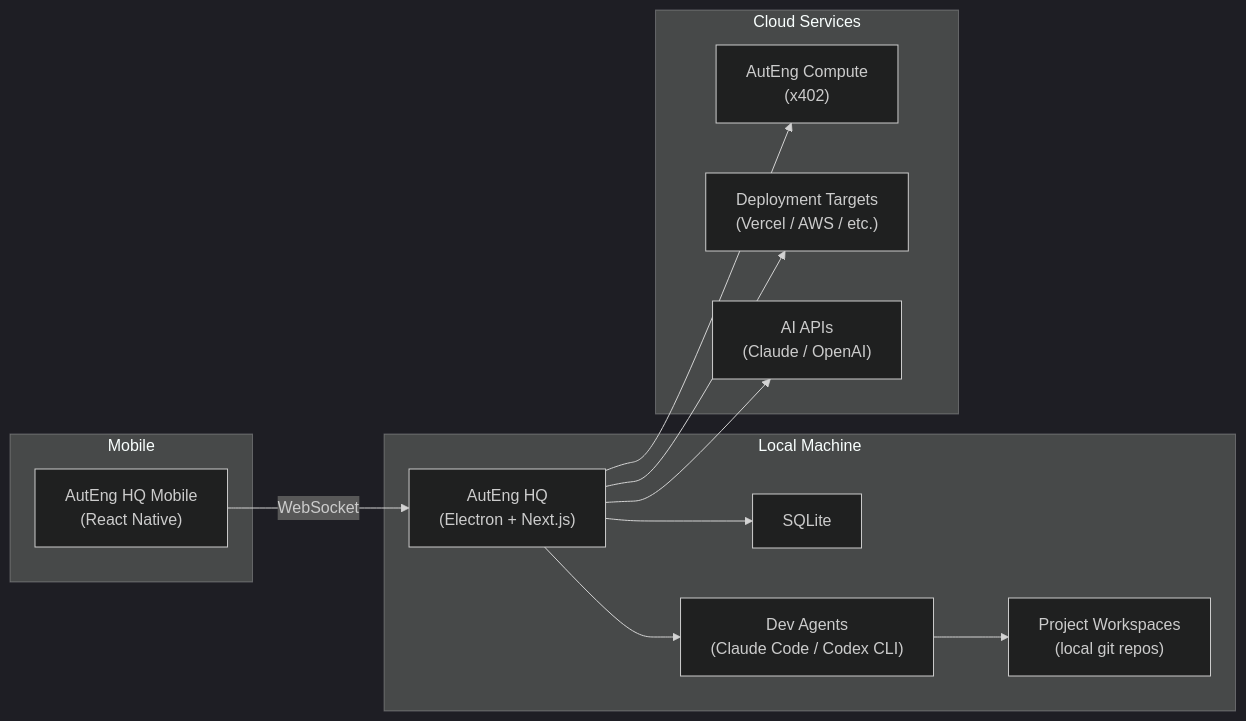
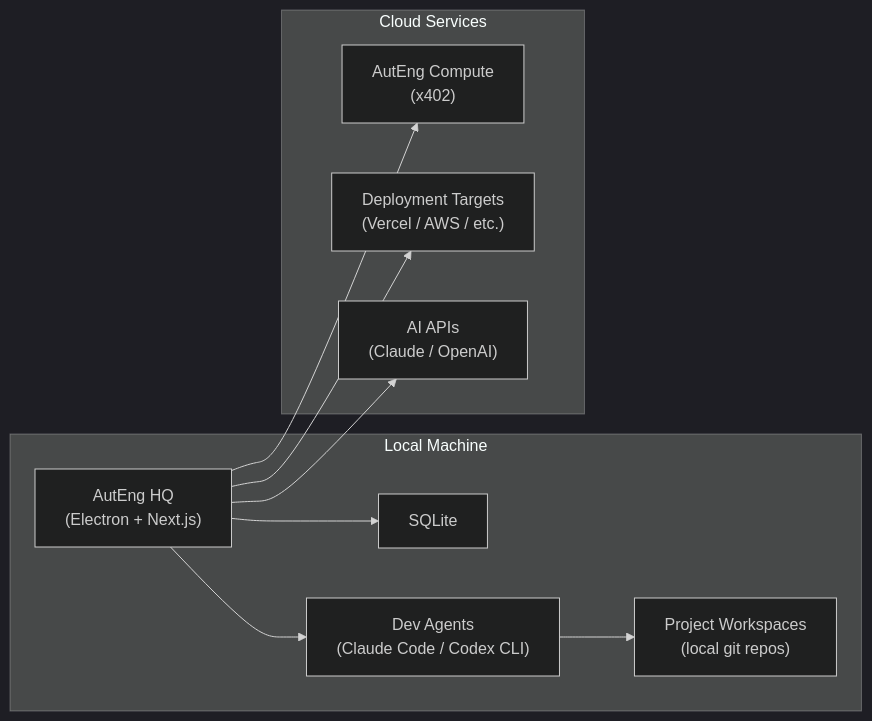
Before and after one commit to operator-auteng-ai/hq: the first of 4 diagrams in docs/ARCH.md, drawn with Mermaid (dark theme). The commit also changed other lines of this file and 3 other files, not shown here.

````diff
--- a/docs/ARCH.md
+++ b/docs/ARCH.md
@@ -5,27 +11,22 @@
 ```mermaid
 graph LR
     subgraph Local["Local Machine"]
         HQ["AutEng HQ<br/>(Electron + Next.js)"]
         DB["SQLite"]
         Agents["Dev Agents<br/>(Claude Code / Codex CLI)"]
         Projects["Project Workspaces<br/>(local git repos)"]
     end
 
     subgraph Cloud["Cloud Services"]
         AutEng["AutEng Compute<br/>(x402)"]
         Deploy["Deployment Targets<br/>(Vercel / AWS / etc.)"]
         AI["AI APIs<br/>(Claude / OpenAI)"]
     end
 
-    subgraph Mobile["Mobile"]
-        App["AutEng HQ Mobile<br/>(React Native)"]
-    end
-
     HQ --> DB
     HQ --> Agents
     HQ --> AutEng
     HQ --> Deploy
     HQ --> AI
     Agents --> Projects
-    App -->|"WebSocket"| HQ
 ```
````
